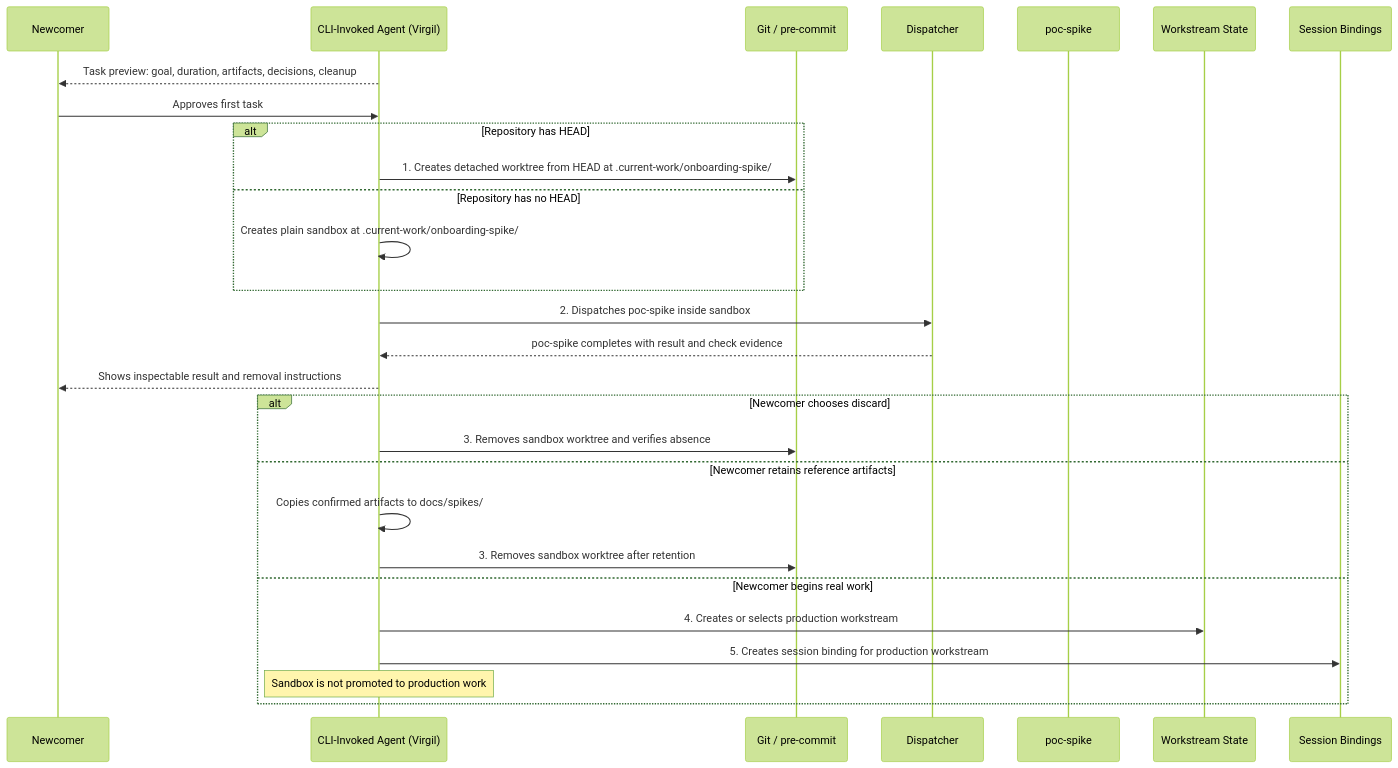
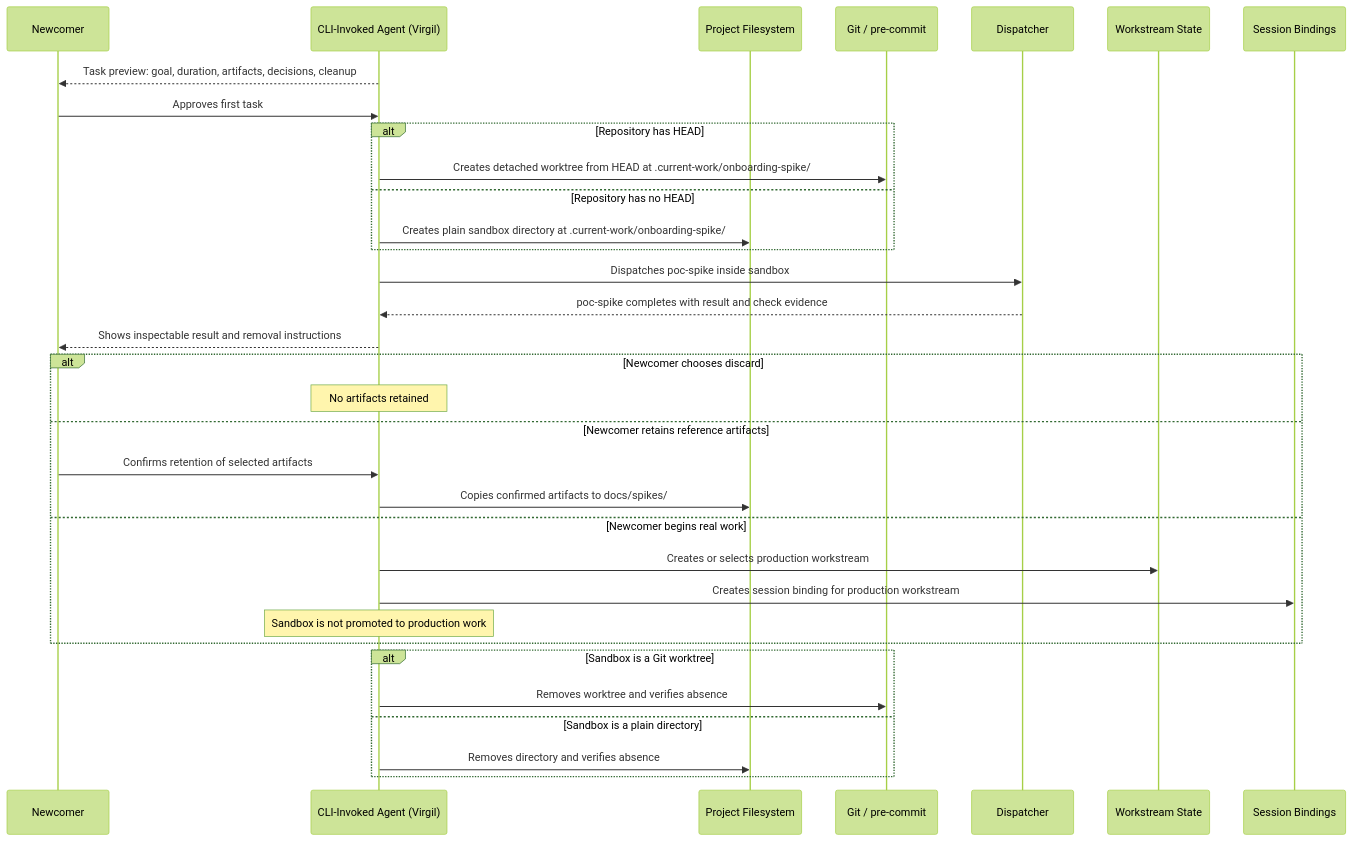
One commit to matthiasdaues/agent_factory changed diagram 16 of 17 in docs/arc42/06_runtime_view.md. Above: the diagram before and after it, drawn with Mermaid (forest theme). The commit also changed other lines of this file and 32 other files, not shown here.

Commit message:
docs: finalize value-first onboarding architecture review

````diff
--- a/docs/arc42/06_runtime_view.md
+++ b/docs/arc42/06_runtime_view.md
@@ -464,31 +474,36 @@
 ```mermaid
 sequenceDiagram
     participant N as Newcomer
     participant V as CLI-Invoked Agent (Virgil)
+    participant PF as Project Filesystem
     participant G as Git / pre-commit
     participant D as Dispatcher
-    participant PS as poc-spike
     participant WS as Workstream State
     participant SB as Session Bindings
 
     V-->>N: Task preview: goal, duration, artifacts, decisions, cleanup
     N->>V: Approves first task
     alt Repository has HEAD
-        V->>G: 1. Creates detached worktree from HEAD at .current-work/onboarding-spike/
+        V->>G: Creates detached worktree from HEAD at .current-work/onboarding-spike/
     else Repository has no HEAD
-        V->>V: Creates plain sandbox at .current-work/onboarding-spike/
+        V->>PF: Creates plain sandbox directory at .current-work/onboarding-spike/
     end
-    V->>D: 2. Dispatches poc-spike inside sandbox
+    V->>D: Dispatches poc-spike inside sandbox
     D-->>V: poc-spike completes with result and check evidence
     V-->>N: Shows inspectable result and removal instructions
     alt Newcomer chooses discard
-        V->>G: 3. Removes sandbox worktree and verifies absence
+        Note over V: No artifacts retained
     else Newcomer retains reference artifacts
-        V->>V: Copies confirmed artifacts to docs/spikes/
-        V->>G: 3. Removes sandbox worktree after retention
+        N->>V: Confirms retention of selected artifacts
+        V->>PF: Copies confirmed artifacts to docs/spikes/
     else Newcomer begins real work
-        V->>WS: 4. Creates or selects production workstream
-        V->>SB: 5. Creates session binding for production workstream
+        V->>WS: Creates or selects production workstream
+        V->>SB: Creates session binding for production workstream
         Note over V: Sandbox is not promoted to production work
     end
+    alt Sandbox is a Git worktree
+        V->>G: Removes worktree and verifies absence
+    else Sandbox is a plain directory
+        V->>PF: Removes directory and verifies absence
+    end
 ```
````
